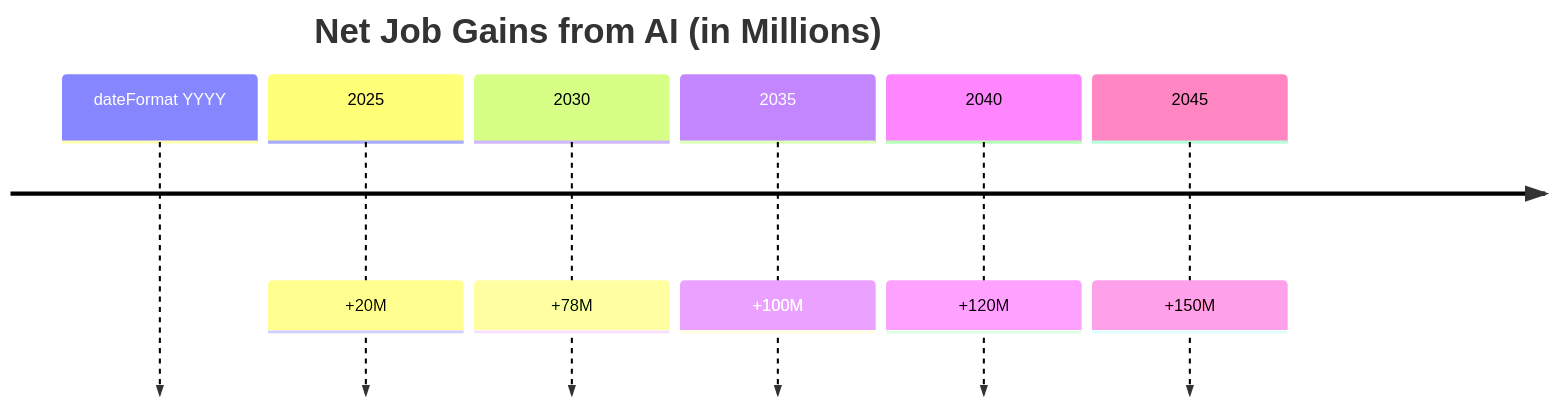
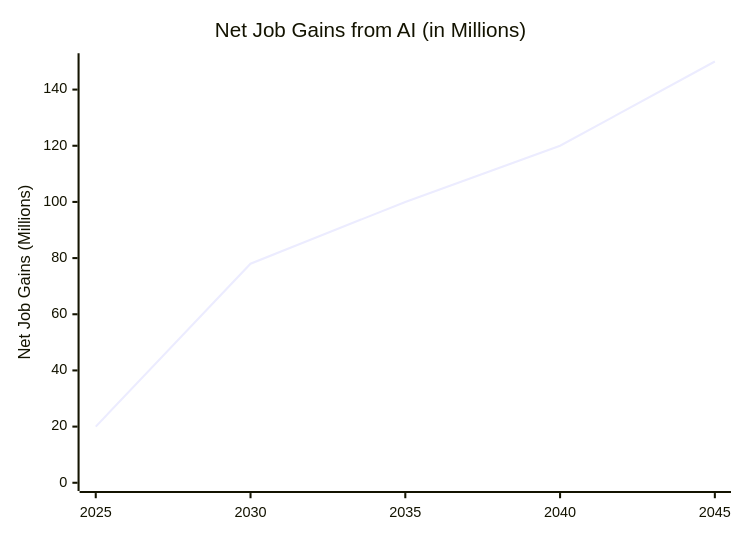
One commit to andrewmkhoury/notes changed the second of 4 diagrams in ai/ai-impact/README.md. Above: the diagram before and after it, drawn with Mermaid. The commit also changed other lines of this file, not shown here.

````diff
--- a/ai/ai-impact/README.md
+++ b/ai/ai-impact/README.md
@@ -161,10 +161,7 @@
 ```mermaid
-timeline
-title Net Job Gains from AI (in Millions)
-dateFormat YYYY
-2025 : +20M
-2030 : +78M
-2035 : +100M
-2040 : +120M
-2045 : +150M
+xychart-beta
+    title "Net Job Gains from AI (in Millions)"
+    x-axis ["2025", "2030", "2035", "2040", "2045"]
+    y-axis "Net Job Gains (Millions)" 0 --> 150
+    line [20, 78, 100, 120, 150]
 ```
````
